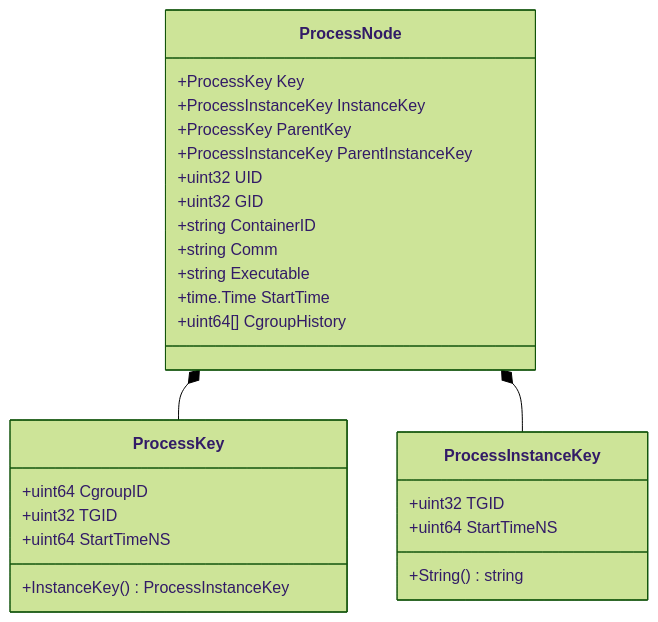
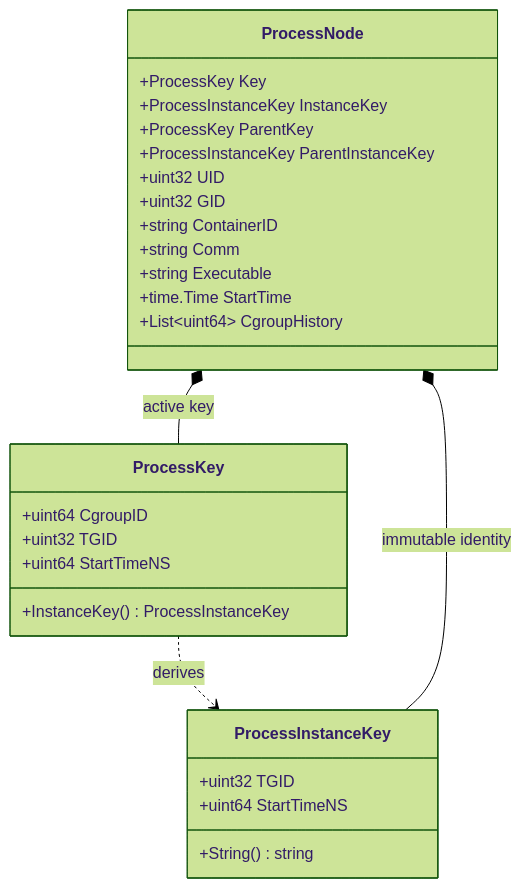
One commit to ramKarthik57/containerguard changed the third of 6 diagrams in ARCHITECTURE.md. Above: the diagram before and after it, drawn with Mermaid (forest theme). The commit also changed other lines of this file and 4 other files, not shown here.

First line of the commit message:
docs(diagrams): overhaul and perfect all mermaid architectural diagrams

````diff
--- a/ARCHITECTURE.md
+++ b/ARCHITECTURE.md
@@ -199,32 +219,33 @@
 ```mermaid
 classDiagram
     class ProcessInstanceKey {
         +uint32 TGID
         +uint64 StartTimeNS
         +String() string
     }
 
     class ProcessKey {
         +uint64 CgroupID
         +uint32 TGID
         +uint64 StartTimeNS
         +InstanceKey() ProcessInstanceKey
     }
 
     class ProcessNode {
         +ProcessKey Key
         +ProcessInstanceKey InstanceKey
         +ProcessKey ParentKey
         +ProcessInstanceKey ParentInstanceKey
         +uint32 UID
         +uint32 GID
         +string ContainerID
         +string Comm
         +string Executable
         +time.Time StartTime
-        +uint64[] CgroupHistory
+        +List~uint64~ CgroupHistory
     }
 
-    ProcessNode *-- ProcessKey
-    ProcessNode *-- ProcessInstanceKey
+    ProcessKey ..> ProcessInstanceKey : derives
+    ProcessNode *-- ProcessKey : active key
+    ProcessNode *-- ProcessInstanceKey : immutable identity
 ```
````
